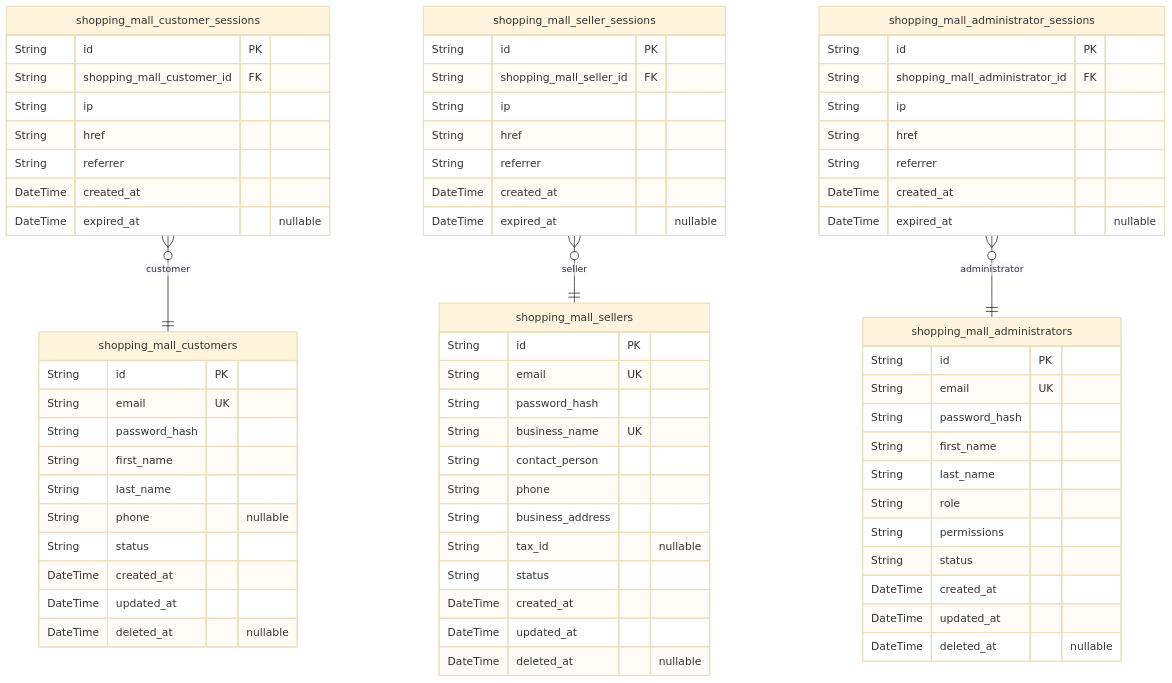
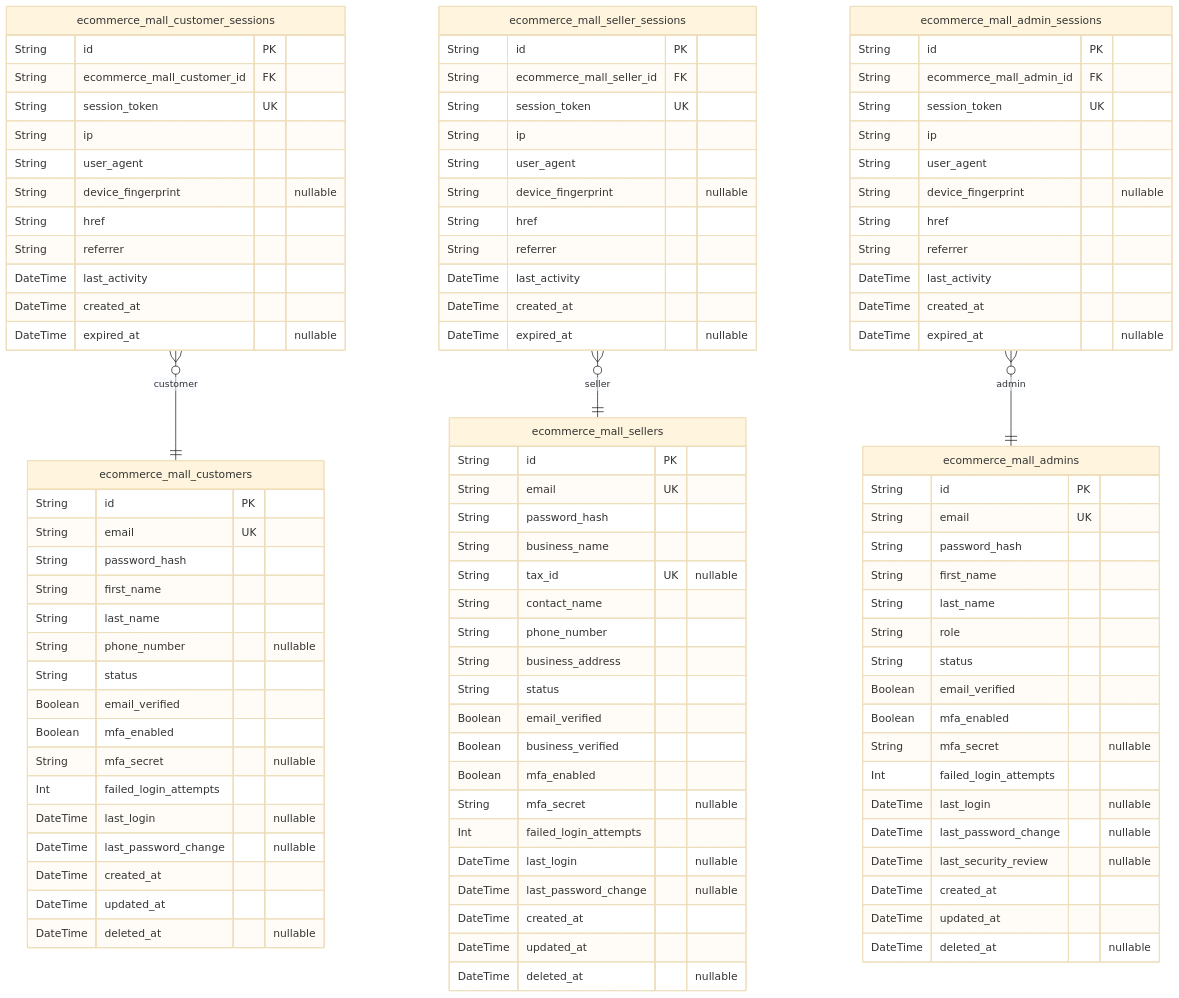
Before and after one commit to wrtnlabs/autobe-examples: the second of 10 diagrams in deepseek/deepseek-v3.1-terminus-exacto/shopping/docs/ERD.md, drawn with Mermaid (base theme). The commit also changed other lines of this file and 22498 other files, not shown here.

````diff
--- a/deepseek/deepseek-v3.1-terminus-exacto/shopping/docs/ERD.md
+++ b/deepseek/deepseek-v3.1-terminus-exacto/shopping/docs/ERD.md
@@ -159,72 +175,103 @@
 ```mermaid
 erDiagram
-"shopping_mall_customers" {
+"ecommerce_mall_customers" {
   String id PK
   String email UK
   String password_hash
   String first_name
   String last_name
-  String phone "nullable"
+  String phone_number "nullable"
   String status
+  Boolean email_verified
+  Boolean mfa_enabled
+  String mfa_secret "nullable"
+  Int failed_login_attempts
+  DateTime last_login "nullable"
+  DateTime last_password_change "nullable"
   DateTime created_at
   DateTime updated_at
   DateTime deleted_at "nullable"
 }
-"shopping_mall_customer_sessions" {
+"ecommerce_mall_customer_sessions" {
   String id PK
-  String shopping_mall_customer_id FK
+  String ecommerce_mall_customer_id FK
+  String session_token UK
   String ip
+  String user_agent
+  String device_fingerprint "nullable"
   String href
   String referrer
+  DateTime last_activity
   DateTime created_at
   DateTime expired_at "nullable"
 }
-"shopping_mall_sellers" {
+"ecommerce_mall_sellers" {
   String id PK
   String email UK
   String password_hash
-  String business_name UK
-  String contact_person
-  String phone
+  String business_name
+  String tax_id UK "nullable"
+  String contact_name
+  String phone_number
   String business_address
-  String tax_id "nullable"
   String status
+  Boolean email_verified
+  Boolean business_verified
+  Boolean mfa_enabled
+  String mfa_secret "nullable"
+  Int failed_login_attempts
+  DateTime last_login "nullable"
+  DateTime last_password_change "nullable"
   DateTime created_at
   DateTime updated_at
   DateTime deleted_at "nullable"
 }
-"shopping_mall_seller_sessions" {
+"ecommerce_mall_seller_sessions" {
   String id PK
-  String shopping_mall_seller_id FK
+  String ecommerce_mall_seller_id FK
+  String session_token UK
   String ip
+  String user_agent
+  String device_fingerprint "nullable"
   String href
   String referrer
+  DateTime last_activity
   DateTime created_at
   DateTime expired_at "nullable"
 }
-"shopping_mall_administrators" {
+"ecommerce_mall_admins" {
   String id PK
   String email UK
   String password_hash
   String first_name
   String last_name
   String role
-  String permissions
   String status
+  Boolean email_verified
+  Boolean mfa_enabled
+  String mfa_secret "nullable"
+  Int failed_login_attempts
+  DateTime last_login "nullable"
+  DateTime last_password_change "nullable"
+  DateTime last_security_review "nullable"
   DateTime created_at
   DateTime updated_at
   DateTime deleted_at "nullable"
 }
-"shopping_mall_administrator_sessions" {
+"ecommerce_mall_admin_sessions" {
   String id PK
-  String shopping_mall_administrator_id FK
+  String ecommerce_mall_admin_id FK
+  String session_token UK
   String ip
+  String user_agent
+  String device_fingerprint "nullable"
   String href
   String referrer
+  DateTime last_activity
   DateTime created_at
   DateTime expired_at "nullable"
 }
-"shopping_mall_customer_sessions" }o--|| "shopping_mall_customers" : customer
-"shopping_mall_seller_sessions" }o--|| "shopping_mall_sellers" : seller
-"shopping_mall_administrator_sessions" }o--|| "shopping_mall_administrators" : administrator
+"ecommerce_mall_customer_sessions" }o--|| "ecommerce_mall_customers" : customer
+"ecommerce_mall_seller_sessions" }o--|| "ecommerce_mall_sellers" : seller
+"ecommerce_mall_admin_sessions" }o--|| "ecommerce_mall_admins" : admin
 ```
````
